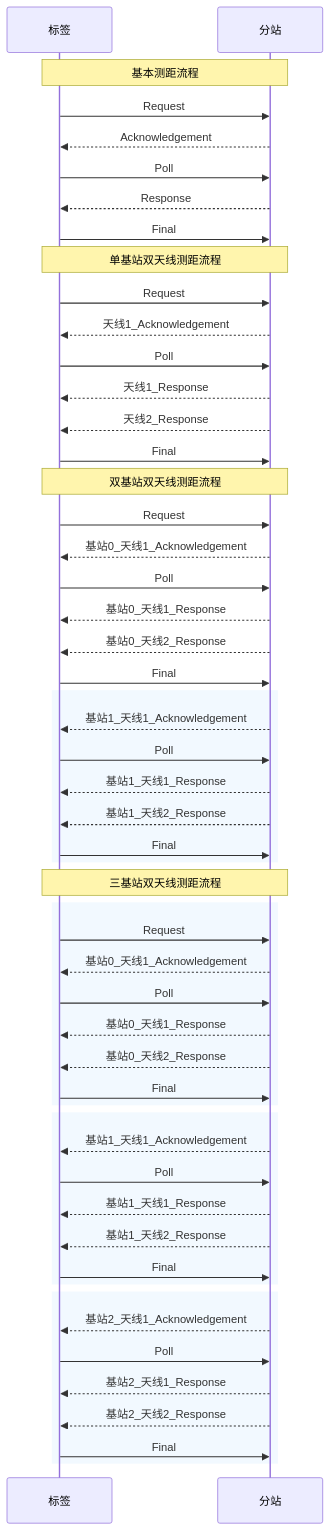
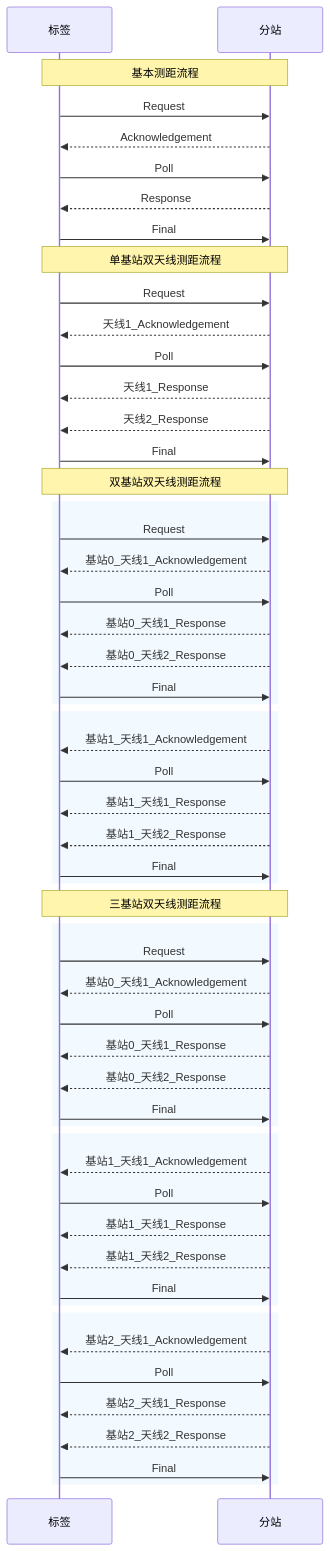
The diagram in all/未命名.md (geek-zhao/iodraw-files), drawn with Mermaid before and after one commit.

Commit message:
2024-08-17 14:23:06 update

````diff
--- a/all/未命名.md
+++ b/all/未命名.md
@@ -1,60 +1,61 @@
 ```mermaid
 sequenceDiagram
     participant tag as 标签
     participant anchor as 分站
 
     Note over tag,anchor: 基本测距流程
     tag->>anchor: Request
     anchor-->>tag: Acknowledgement
     tag->>anchor: Poll
     anchor-->>tag: Response
     tag->>anchor: Final       
 
     Note over tag,anchor: 单基站双天线测距流程
     tag->>anchor: Request
     anchor-->>tag: 天线1_Acknowledgement
     tag->>anchor: Poll
     anchor-->>tag: 天线1_Response 
     anchor-->>tag: 天线2_Response
     tag->>anchor: Final   
 
     Note over tag,anchor: 双基站双天线测距流程
+    rect rgba(191, 223, 255, .2)
     tag->>anchor: Request
     anchor-->>tag: 基站0_天线1_Acknowledgement
     tag->>anchor: Poll
     anchor-->>tag: 基站0_天线1_Response 
     anchor-->>tag: 基站0_天线2_Response
     tag->>anchor: Final   
-    
+    end
     rect rgba(191, 223, 255, .2)
     anchor-->>tag: 基站1_天线1_Acknowledgement
     tag->>anchor: Poll
     anchor-->>tag: 基站1_天线1_Response 
     anchor-->>tag: 基站1_天线2_Response
     tag->>anchor: Final   
     end
 
     Note over tag,anchor: 三基站双天线测距流程
     rect rgba(191, 223, 255, .2)
     tag->>anchor: Request
     anchor-->>tag: 基站0_天线1_Acknowledgement
     tag->>anchor: Poll
     anchor-->>tag: 基站0_天线1_Response 
     anchor-->>tag: 基站0_天线2_Response
     tag->>anchor: Final   
     end
     rect rgba(191, 223, 255, .2)
     anchor-->>tag: 基站1_天线1_Acknowledgement
     tag->>anchor: Poll
     anchor-->>tag: 基站1_天线1_Response 
     anchor-->>tag: 基站1_天线2_Response
     tag->>anchor: Final   
     end
     rect rgba(191, 223, 255, .2)
     anchor-->>tag: 基站2_天线1_Acknowledgement
     tag->>anchor: Poll
     anchor-->>tag: 基站2_天线1_Response 
     anchor-->>tag: 基站2_天线2_Response
     tag->>anchor: Final   
     end
 ```
````
